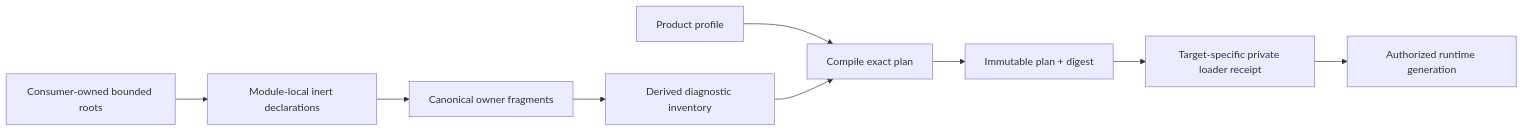
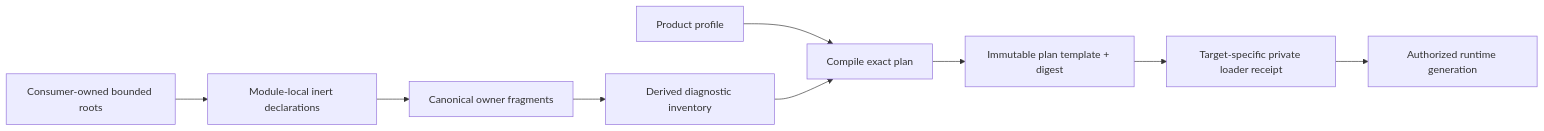
The third of 3 diagrams in docs/qualification/universal-module-extension-system/module-graph.md (agent-teams-ai/extension-foundation), drawn with Mermaid before and after one commit. The commit also changed other lines of this file and 24 other files, not shown here.

Commit message:
docs(qualification): harden module architecture evidence

````diff
--- a/docs/qualification/universal-module-extension-system/module-graph.md
+++ b/docs/qualification/universal-module-extension-system/module-graph.md
@@ -218,11 +247,11 @@
 ```mermaid
 flowchart LR
     Roots["Consumer-owned bounded roots"] --> Declarations["Module-local inert declarations"]
     Declarations --> Fragments["Canonical owner fragments"]
     Fragments --> Inventory["Derived diagnostic inventory"]
     Profile["Product profile"] --> Compile["Compile exact plan"]
     Inventory --> Compile
-    Compile --> Plan["Immutable plan + digest"]
+    Compile --> Plan["Immutable plan template + digest"]
     Plan --> Loaders["Target-specific private loader receipt"]
     Loaders --> Runtime["Authorized runtime generation"]
 ```
````
